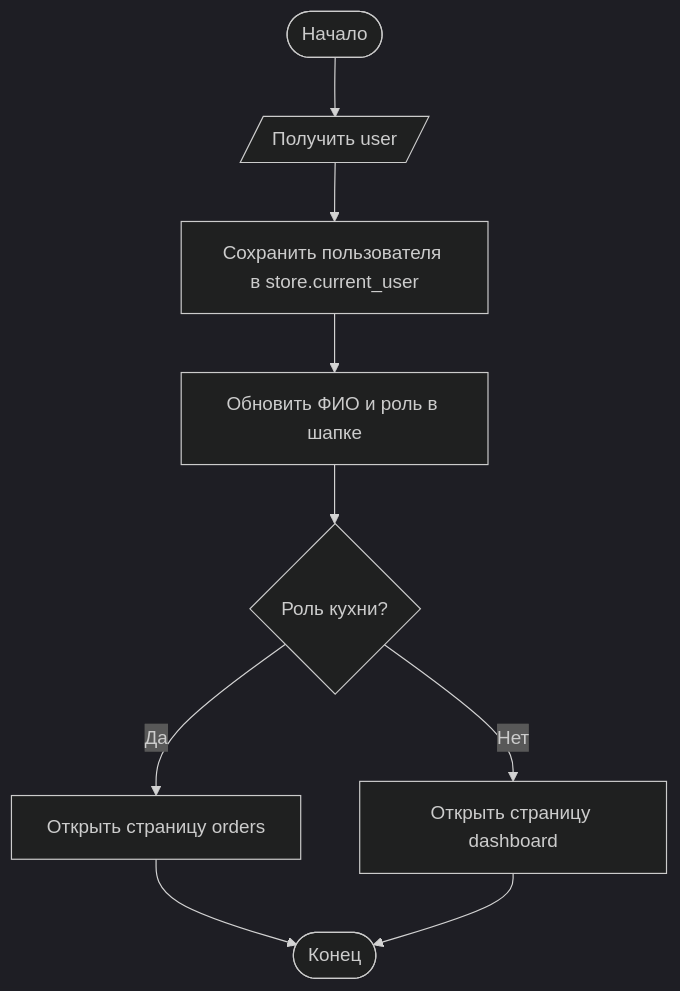
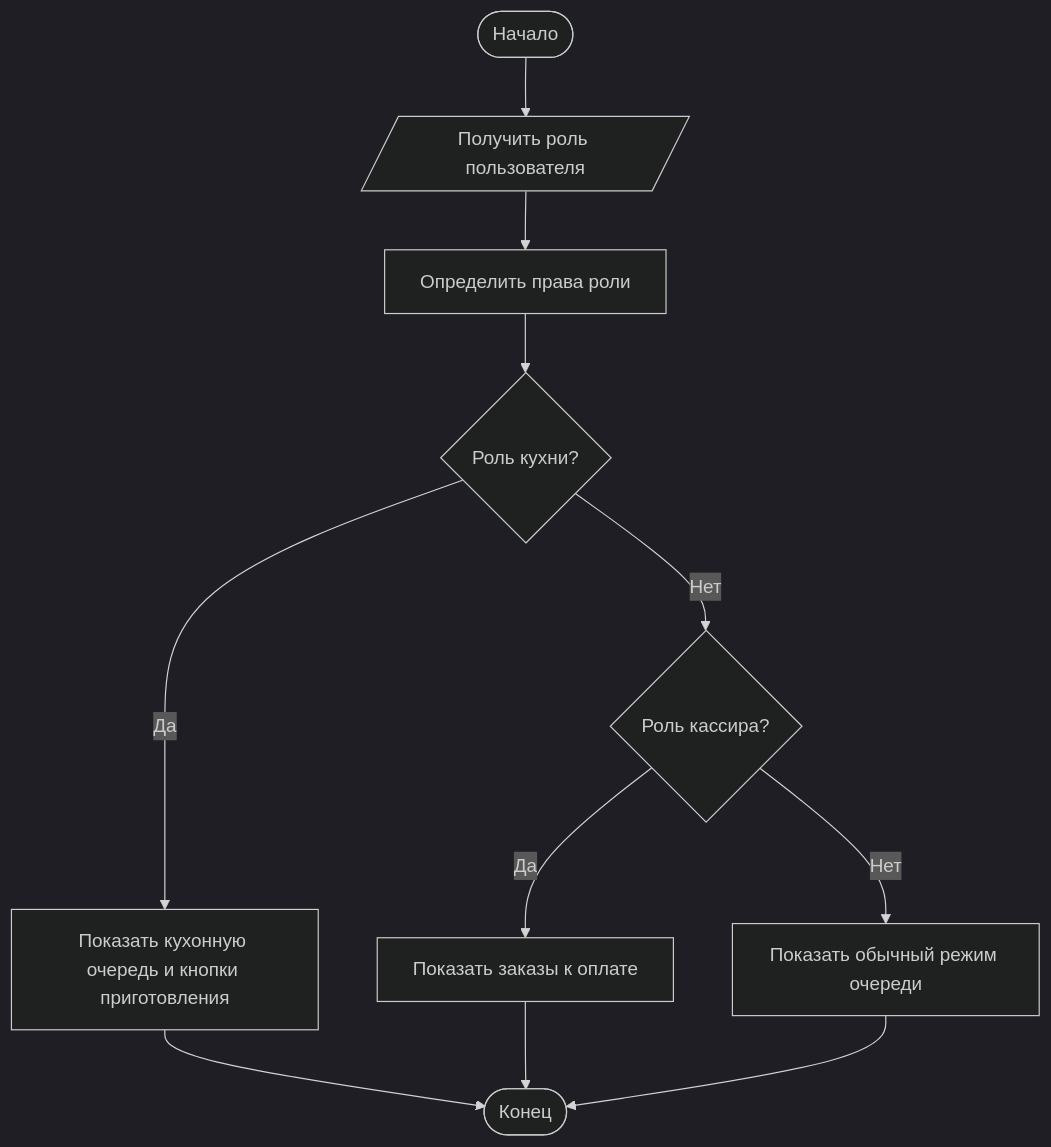
The first of 6 diagrams in docs/kitchen_functions.md (jakepz12/GastroSoft-course-work-), drawn with Mermaid (dark theme) before and after one commit. The commit also changed other lines of this file and 2 other files, not shown here.

````diff
--- a/docs/kitchen_functions.md
+++ b/docs/kitchen_functions.md
@@ -24,11 +26,13 @@
 ```mermaid
 flowchart TD
-    A([Начало]) --> B[/Получить user/]
-    B --> C[Сохранить пользователя в store.current_user]
-    C --> D[Обновить ФИО и роль в шапке]
-    D --> E{Роль кухни?}
-    E -- Да --> F[Открыть страницу orders]
-    E -- Нет --> G[Открыть страницу dashboard]
-    F --> H([Конец])
-    G --> H
+    A([Начало]) --> B[/Получить роль пользователя/]
+    B --> C[Определить права роли]
+    C --> D{Роль кухни?}
+    D -- Да --> E[Показать кухонную очередь и кнопки приготовления]
+    D -- Нет --> F{Роль кассира?}
+    F -- Да --> G[Показать заказы к оплате]
+    F -- Нет --> H[Показать обычный режим очереди]
+    E --> I([Конец])
+    G --> I
+    H --> I
 ```
````
